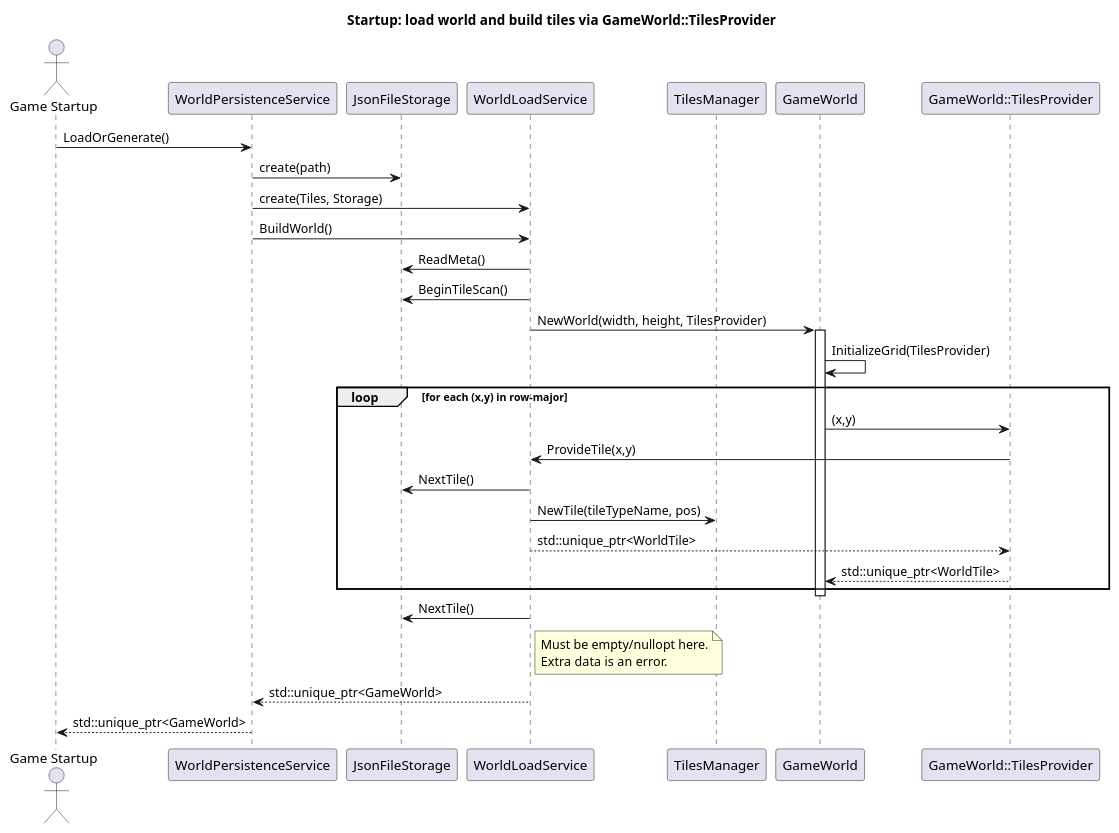
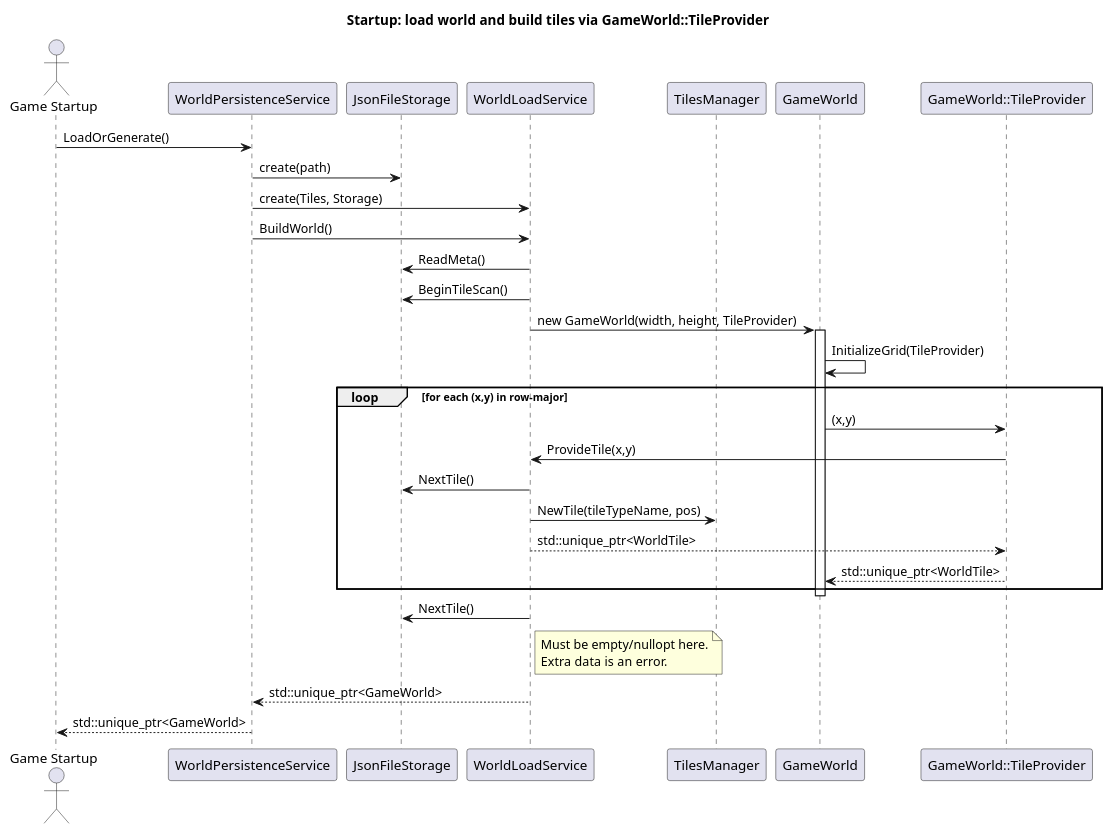
Before and after one commit to neverthedev/tile-game: the fourth of 4 diagrams in raylib-my/docs/world_persistence_service.md, drawn with PlantUML. The commit also changed other lines of this file and 13 other files, not shown here.

````diff
--- a/raylib-my/docs/world_persistence_service.md
+++ b/raylib-my/docs/world_persistence_service.md
@@ -327,45 +334,45 @@
 ```plantuml
 @startuml
-title Startup: load world and build tiles via GameWorld::TilesProvider
+title Startup: load world and build tiles via GameWorld::TileProvider
 
 actor "Game Startup" as Startup
 
 participant WorldPersistenceService as Persist
 participant JsonFileStorage as Storage
 participant WorldLoadService as Loader
 participant TilesManager as Tiles
 participant "GameWorld" as World
-participant "GameWorld::TilesProvider" as TilesProvider
+participant "GameWorld::TileProvider" as TileProvider
 
 Startup -> Persist: LoadOrGenerate()
 
 Persist -> Storage: create(path)
 Persist -> Loader: create(Tiles, Storage)
 Persist -> Loader: BuildWorld()
 
 Loader -> Storage: ReadMeta()
 Loader -> Storage: BeginTileScan()
 
-Loader -> World: NewWorld(width, height, TilesProvider)
+Loader -> World: new GameWorld(width, height, TileProvider)
 activate World
-World -> World: InitializeGrid(TilesProvider)
+World -> World: InitializeGrid(TileProvider)
 loop for each (x,y) in row-major
-  World -> TilesProvider: (x,y)
-  TilesProvider -> Loader: ProvideTile(x,y)
+  World -> TileProvider: (x,y)
+  TileProvider -> Loader: ProvideTile(x,y)
   Loader -> Storage: NextTile()
   Loader -> Tiles: NewTile(tileTypeName, pos)
-  Loader --> TilesProvider: std::unique_ptr<WorldTile>
-  TilesProvider --> World: std::unique_ptr<WorldTile>
+  Loader --> TileProvider: std::unique_ptr<WorldTile>
+  TileProvider --> World: std::unique_ptr<WorldTile>
 end
 deactivate World
 
 Loader -> Storage: NextTile()
 note right of Loader
   Must be empty/nullopt here.
   Extra data is an error.
 end note
 
 Loader --> Persist: std::unique_ptr<GameWorld>
 Persist --> Startup: std::unique_ptr<GameWorld>
 @enduml
 ```
````
